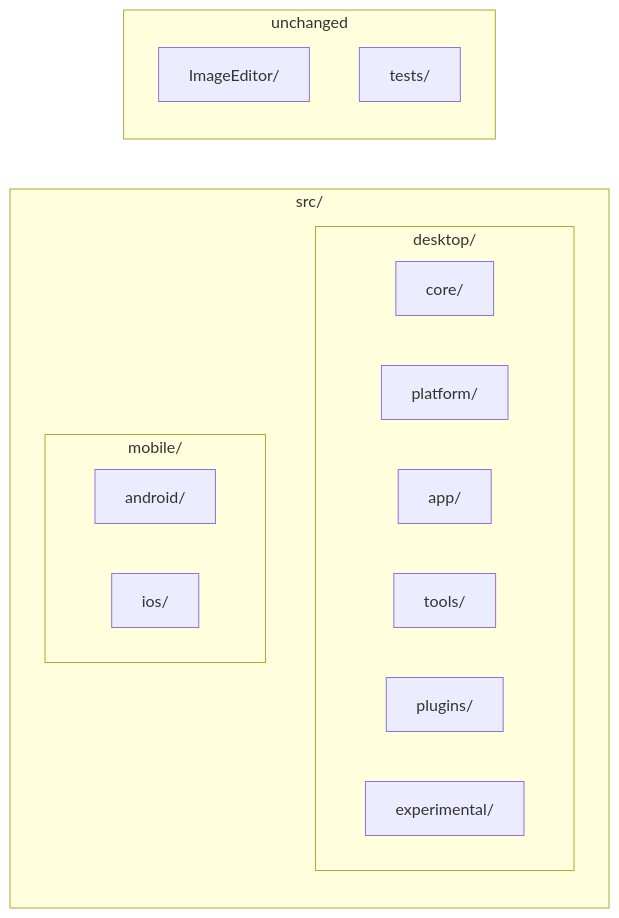
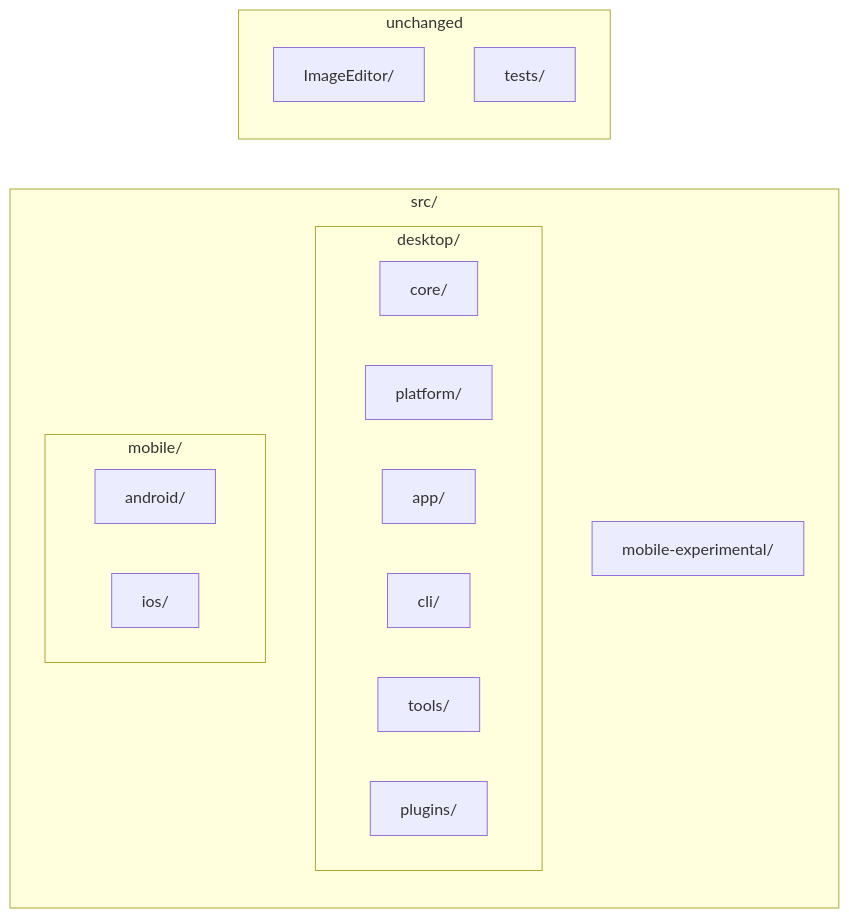
One commit to KovaForge/XerahS changed the diagram in tasks/XIP0036_src_restructure.md. Above: the diagram before and after it, drawn with Mermaid. The commit also changed other lines of this file, not shown here.

````diff
--- a/tasks/XIP0036_src_restructure.md
+++ b/tasks/XIP0036_src_restructure.md
@@ -27,21 +27,22 @@
 ```mermaid
 flowchart LR
   subgraph src [src/]
     subgraph desktop [desktop/]
       core[core/]
       platform[platform/]
       app[app/]
+      cli[cli/]
       tools[tools/]
       plugins[plugins/]
-      experimental[experimental/]
     end
+    mobileExperimental[mobile-experimental/]
     subgraph mobile [mobile/]
       android[android/]
       ios[ios/]
     end
   end
   subgraph root [unchanged]
     IE[ImageEditor/]
     tests[tests/]
   end
 ```
````
